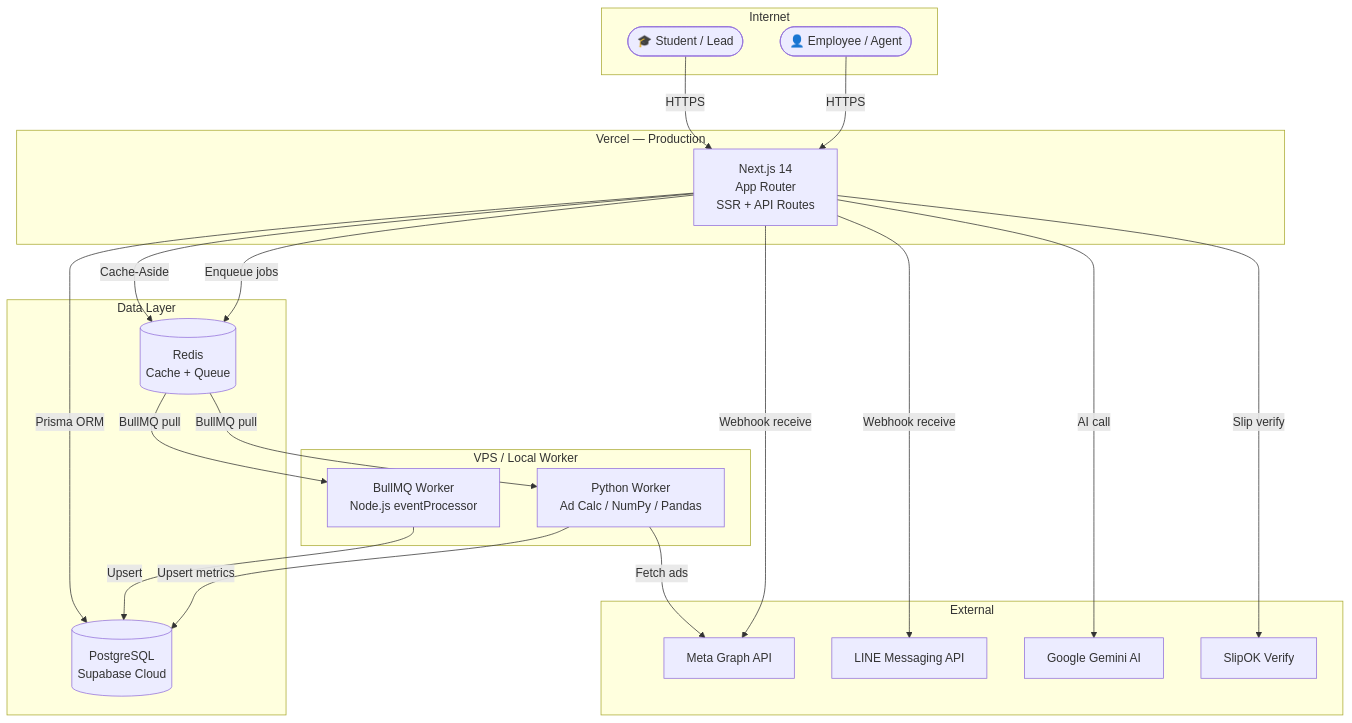
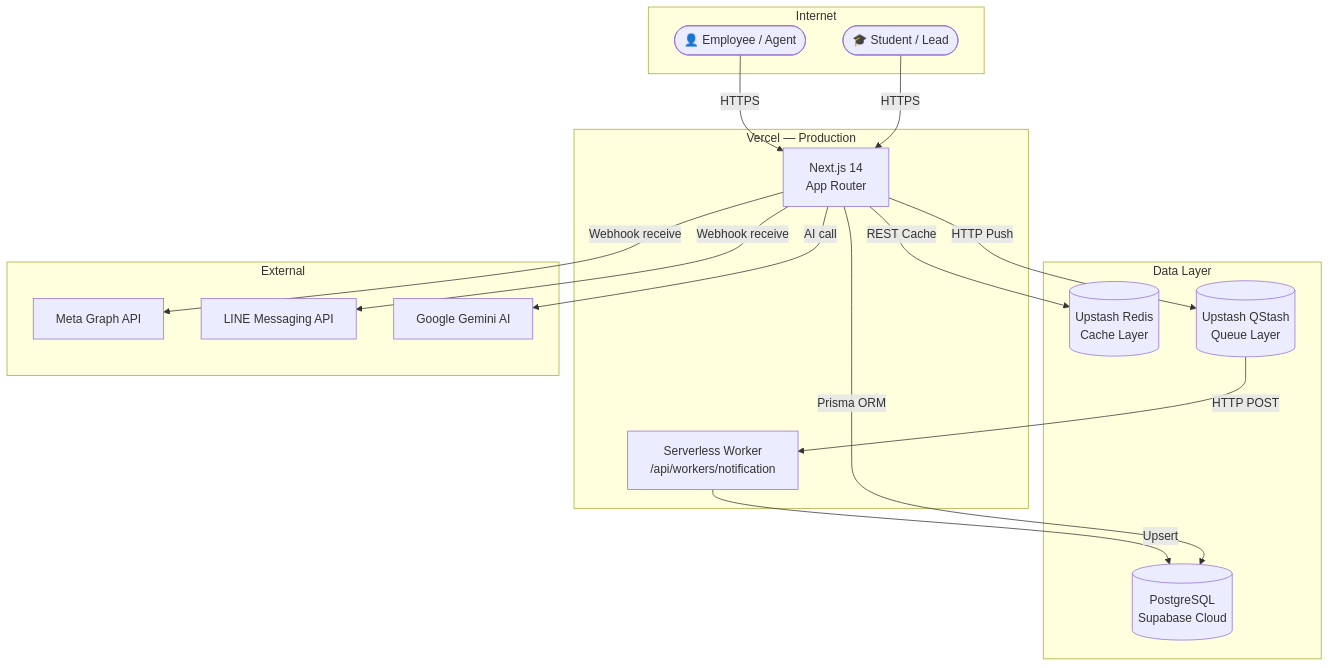
Before and after one commit to Freshair129/crmapp: the sixth of 6 diagrams in docs/architecture/arc42-main.md, drawn with Mermaid. The commit also changed other lines of this file and 13 other files, not shown here.

````diff
--- a/docs/architecture/arc42-main.md
+++ b/docs/architecture/arc42-main.md
@@ -201,47 +190,38 @@
 ```mermaid
 graph TB
     subgraph Internet
         Student([🎓 Student / Lead])
         Employee([👤 Employee / Agent])
     end
 
     subgraph Vercel [Vercel — Production]
-        NextApp[Next.js 14\nApp Router\nSSR + API Routes]
-    end
-
-    subgraph VPS_or_Local [VPS / Local Worker]
-        BullWorker[BullMQ Worker\nNode.js eventProcessor]
-        PythonWorker[Python Worker\nAd Calc / NumPy / Pandas]
+        NextApp[Next.js 14\nApp Router]
+        WorkerEndpoint[Serverless Worker\n/api/workers/notification]
     end
 
     subgraph Data_Layer [Data Layer]
         Supabase[(PostgreSQL\nSupabase Cloud)]
-        Redis[(Redis\nCache + Queue)]
+        UpstashRedis[(Upstash Redis\nCache Layer)]
+        QStash[(Upstash QStash\nQueue Layer)]
     end
 
     subgraph External
         Meta[Meta Graph API]
         LINE[LINE Messaging API]
         Gemini[Google Gemini AI]
-        SlipOK[SlipOK Verify]
     end
 
     Student -->|HTTPS| NextApp
     Employee -->|HTTPS| NextApp
 
     NextApp -->|Prisma ORM| Supabase
-    NextApp -->|Cache-Aside| Redis
-    NextApp -->|Enqueue jobs| Redis
+    NextApp -->|REST Cache| UpstashRedis
+    NextApp -->|HTTP Push| QStash
 
-    Redis -->|BullMQ pull| BullWorker
-    Redis -->|BullMQ pull| PythonWorker
-
-    BullWorker -->|Upsert| Supabase
-    PythonWorker -->|Upsert metrics| Supabase
-    PythonWorker -->|Fetch ads| Meta
-
+    QStash -->|HTTP POST| WorkerEndpoint
+    WorkerEndpoint -->|Upsert| Supabase
+    
     NextApp -->|Webhook receive| Meta
     NextApp -->|Webhook receive| LINE
     NextApp -->|AI call| Gemini
-    NextApp -->|Slip verify| SlipOK
 ```
````
